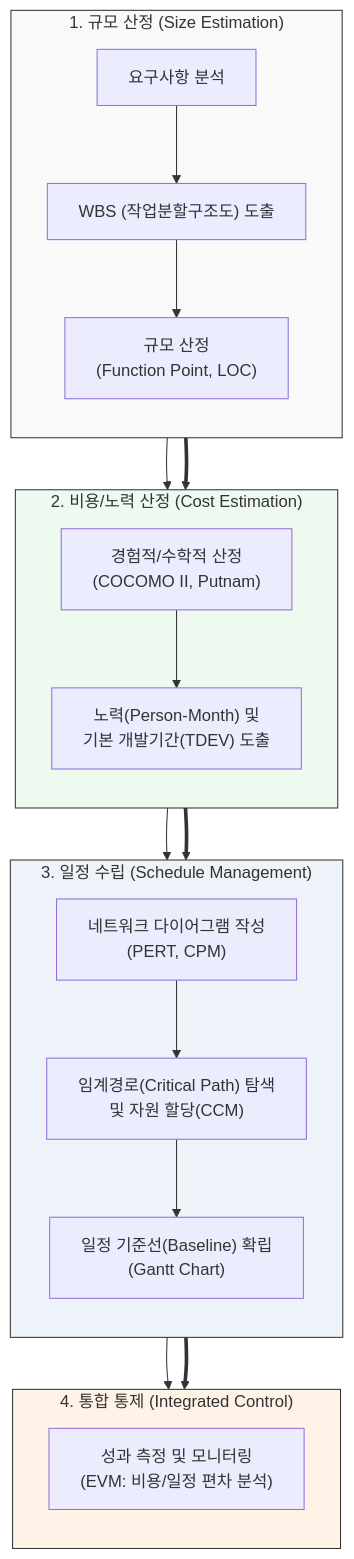
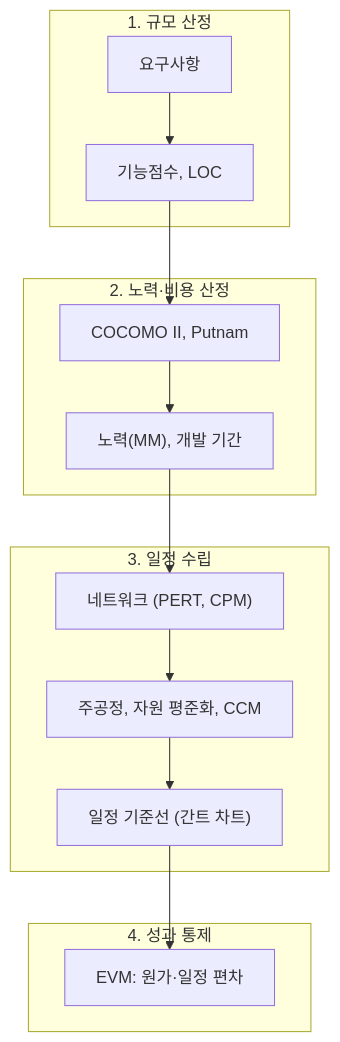
The diagram in content/01_IT Tech/비용산정 일정관리 모델.md (supremethumb/supremethumb.github.io), drawn with Mermaid before and after one commit. The commit also changed other lines of this file and 1087 other files, not shown here.

````diff
--- a/content/01_IT Tech/비용산정 일정관리 모델.md
+++ b/content/01_IT Tech/비용산정 일정관리 모델.md
@@ -27,34 +34,19 @@
 ```mermaid
 flowchart TD
-    subgraph S1 ["1. 규모 산정 (Size Estimation)"]
-        direction TB
-        REQ["요구사항 분석"] --> WBS["WBS (작업분할구조도) 도출"]
-        WBS --> FP["규모 산정<br/>(Function Point, LOC)"]
+    subgraph S1 ["1. 규모 산정"]
+        REQ["요구사항"] --> FP["기능점수, LOC"]
     end
-
-    subgraph S2 ["2. 비용/노력 산정 (Cost Estimation)"]
-        direction TB
-        FP --> CM["경험적/수학적 산정<br/>(COCOMO II, Putnam)"]
-        CM --> EFF["노력(Person-Month) 및<br/>기본 개발기간(TDEV) 도출"]
+    subgraph S2 ["2. 노력·비용 산정"]
+        CM["COCOMO II, Putnam"] --> EFF["노력(MM), 개발 기간"]
     end
-
-    subgraph S3 ["3. 일정 수립 (Schedule Management)"]
-        direction TB
-        EFF --> SCH["네트워크 다이어그램 작성<br/>(PERT, CPM)"]
-        SCH --> CP["임계경로(Critical Path) 탐색<br/>및 자원 할당(CCM)"]
-        CP --> GC["일정 기준선(Baseline) 확립<br/>(Gantt Chart)"]
+    subgraph S3 ["3. 일정 수립"]
+        NET["네트워크 (PERT, CPM)"] --> CP["주공정, 자원 평준화, CCM"]
+        CP --> GC["일정 기준선 (간트 차트)"]
     end
-
-    subgraph S4 ["4. 통합 통제 (Integrated Control)"]
-        direction TB
-        GC --> EVM["성과 측정 및 모니터링<br/>(EVM: 비용/일정 편차 분석)"]
+    subgraph S4 ["4. 성과 통제"]
+        EVM["EVM: 원가·일정 편차"]
     end
-    
-    S1 ==> S2 ==> S3 ==> S4
-
-    style S1 fill:#f9f9f9,stroke:#333,stroke-width:1px
-    style S2 fill:#eef9f0,stroke:#333,stroke-width:1px
-    style S3 fill:#eef2f9,stroke:#333,stroke-width:1px
-    style S4 fill:#fff2e6,stroke:#333,stroke-width:1px
-
+    FP --> CM
+    EFF --> NET
+    GC --> EVM
 ```
````
